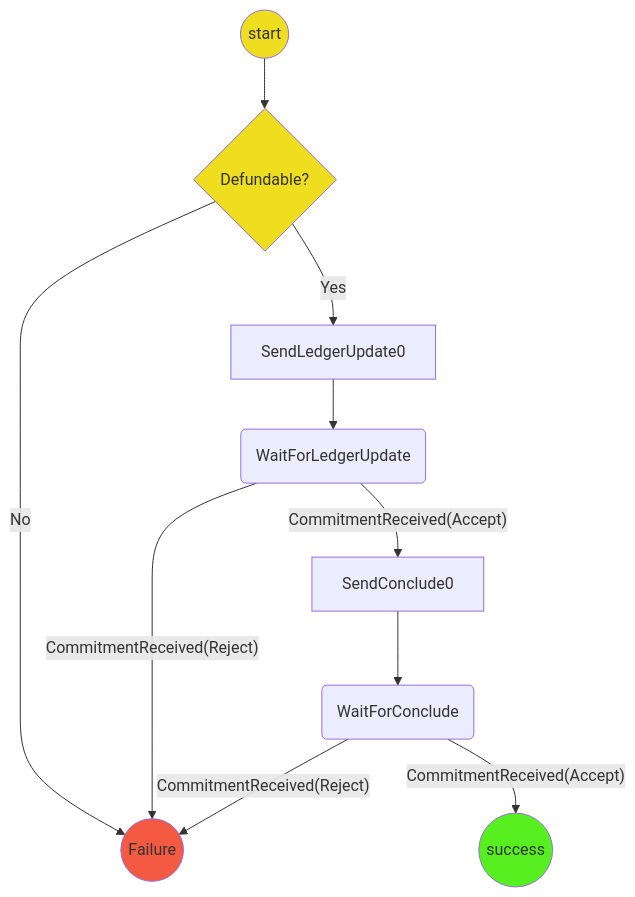
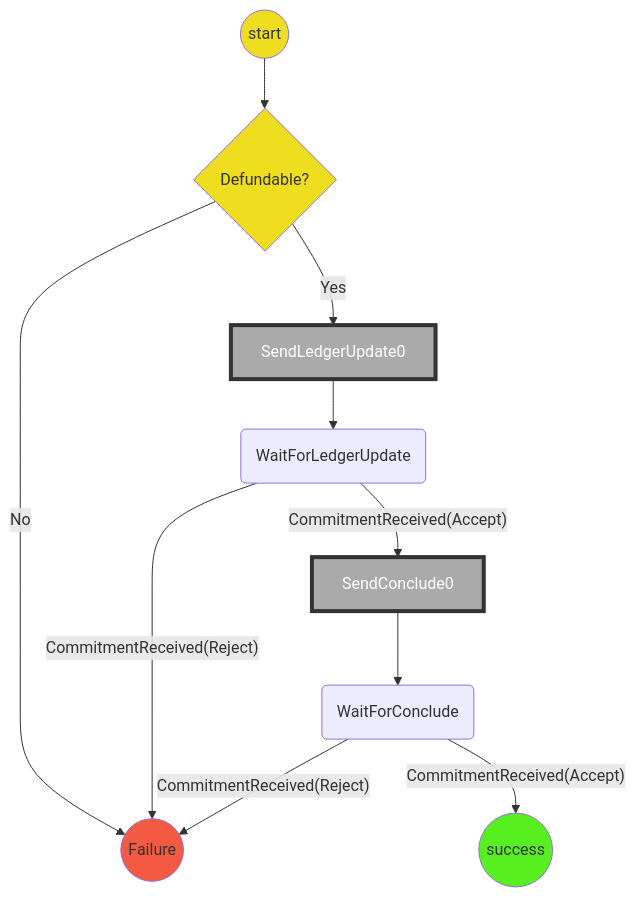
One commit to statechannels/statechannels changed the first of 2 diagrams in packages/rps/packages/wallet/src/redux/protocols/indirect-defunding/readme.md. Above: the diagram before and after it, drawn with Mermaid. The commit also changed other lines of this file and 158 other files, not shown here.

````diff
--- a/packages/rps/packages/wallet/src/redux/protocols/indirect-defunding/readme.md
+++ b/packages/rps/packages/wallet/src/redux/protocols/indirect-defunding/readme.md
@@ -18,18 +18,22 @@
 ```mermaid
 graph TD
 linkStyle default interpolate basis
   St((start))-->DF{Defundable?}
   DF --> |No| F((Failure))
   DF -->|Yes|SC0[SendLedgerUpdate0]
   SC0-->WFU(WaitForLedgerUpdate)
   WFU --> |"CommitmentReceived(Accept)"|SCo0[SendConclude0]
   WFU --> |"CommitmentReceived(Reject)"| F
   SCo0 -->WFC(WaitForConclude)
   WFC --> |"CommitmentReceived(Accept)"|Su((success))
   WFC --> |"CommitmentReceived(Reject)"| F
 
-  style St  fill:#efdd20
-  style DF  fill:#efdd20
-  style Su fill:#58ef21
-  style F  fill:#f45941
+  classDef logic fill:#efdd20;
+  classDef Success fill:#58ef21;
+  classDef Failure fill:#f45941;
+  classDef NotAState stroke:#333,stroke-width:4px,color:#ffff,fill:#aaaaaa;
+  class St,DF logic;
+  class Su Success;
+  class F Failure;
+  class SC0,SCo0 NotAState
 ```
````
